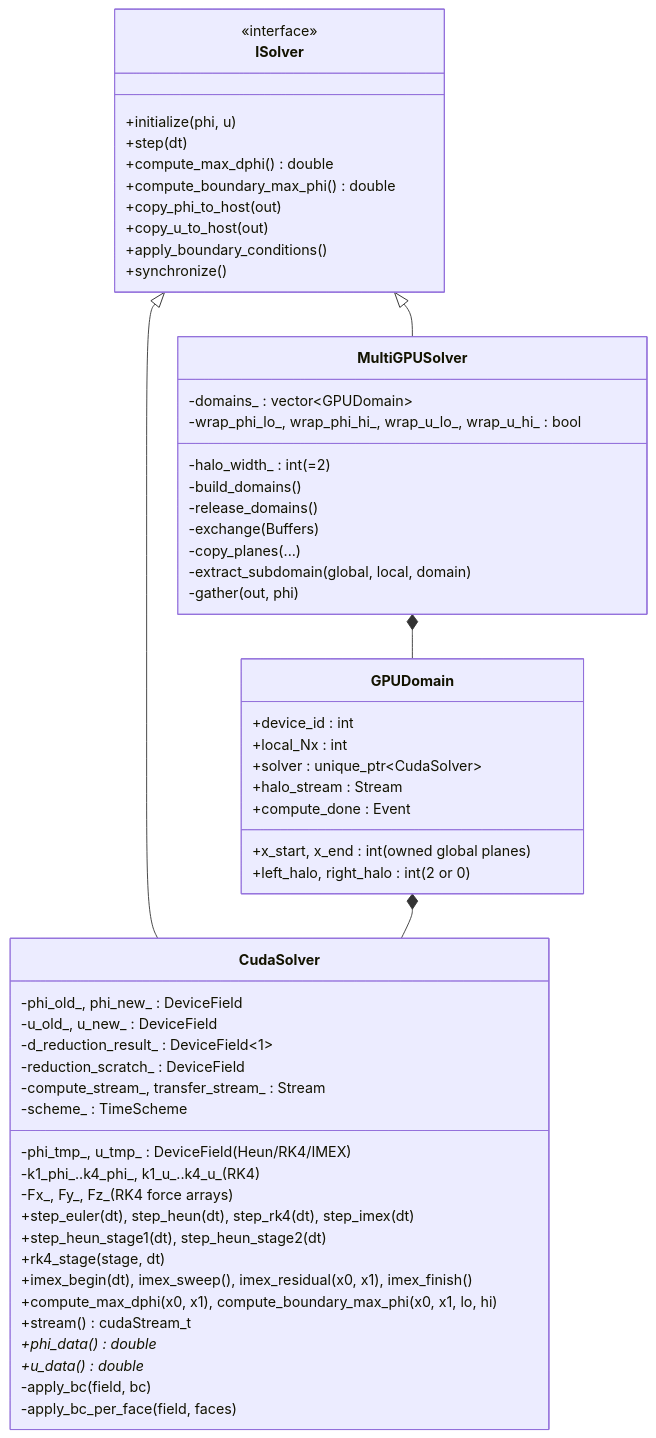
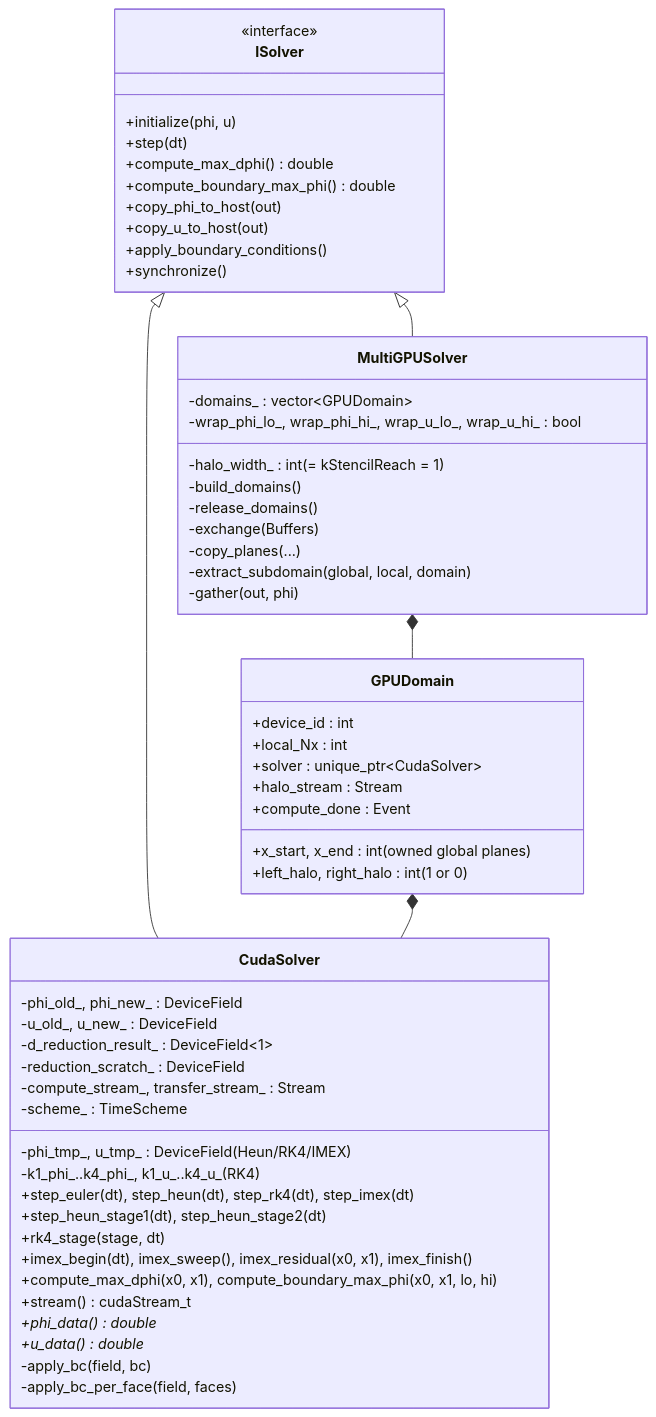
The fourth of 9 diagrams in docs/ARCHITECTURE.md (myousefi2016/Allen-Cahn-CUDA), drawn with Mermaid before and after one commit. The commit also changed other lines of this file and 12 other files, not shown here.

````diff
--- a/docs/ARCHITECTURE.md
+++ b/docs/ARCHITECTURE.md
@@ -195,63 +195,62 @@
 ```mermaid
 classDiagram
     class ISolver {
         <<interface>>
         +initialize(phi, u)
         +step(dt)
         +compute_max_dphi() double
         +compute_boundary_max_phi() double
         +copy_phi_to_host(out)
         +copy_u_to_host(out)
         +apply_boundary_conditions()
         +synchronize()
     }
 
     class CudaSolver {
         -phi_old_, phi_new_ : DeviceField
         -u_old_, u_new_ : DeviceField
         -phi_tmp_, u_tmp_ : DeviceField  (Heun/RK4/IMEX)
         -k1_phi_..k4_phi_, k1_u_..k4_u_  (RK4)
-        -Fx_, Fy_, Fz_                    (RK4 force arrays)
         -d_reduction_result_ : DeviceField~1~
         -reduction_scratch_  : DeviceField
         -compute_stream_, transfer_stream_ : Stream
         -scheme_ : TimeScheme
         +step_euler(dt), step_heun(dt), step_rk4(dt), step_imex(dt)
         +step_heun_stage1(dt), step_heun_stage2(dt)
         +rk4_stage(stage, dt)
         +imex_begin(dt), imex_sweep(), imex_residual(x0, x1), imex_finish()
         +compute_max_dphi(x0, x1), compute_boundary_max_phi(x0, x1, lo, hi)
         +stream() cudaStream_t
         +phi_data() double*
         +u_data() double*
         -apply_bc(field, bc)
         -apply_bc_per_face(field, faces)
     }
 
     class MultiGPUSolver {
         -domains_ : vector~GPUDomain~
-        -halo_width_ : int (=2)
+        -halo_width_ : int (= kStencilReach = 1)
         -wrap_phi_lo_, wrap_phi_hi_, wrap_u_lo_, wrap_u_hi_ : bool
         -build_domains()
         -release_domains()
         -exchange(Buffers)
         -copy_planes(...)
         -extract_subdomain(global, local, domain)
         -gather(out, phi)
     }
 
     class GPUDomain {
         +device_id : int
         +x_start, x_end : int (owned global planes)
-        +left_halo, right_halo : int (2 or 0)
+        +left_halo, right_halo : int (1 or 0)
         +local_Nx : int
         +solver : unique_ptr~CudaSolver~
         +halo_stream : Stream
         +compute_done : Event
     }
 
     ISolver <|-- CudaSolver
     ISolver <|-- MultiGPUSolver
     MultiGPUSolver *-- GPUDomain
     GPUDomain *-- CudaSolver
 ```
````
